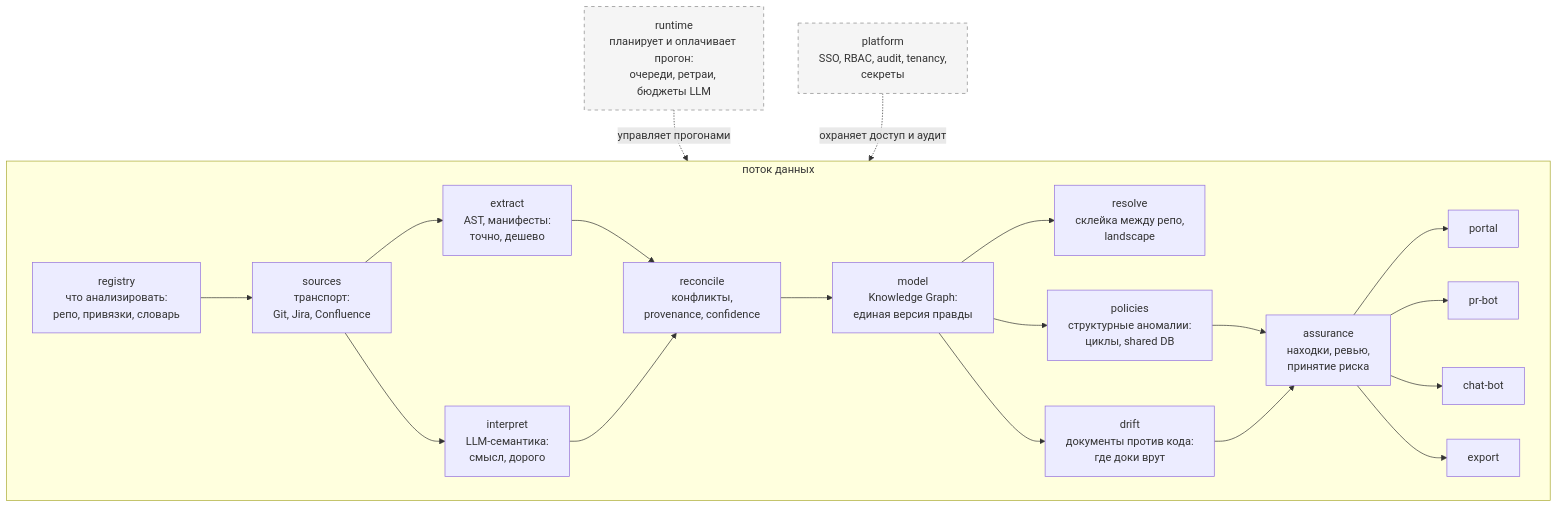
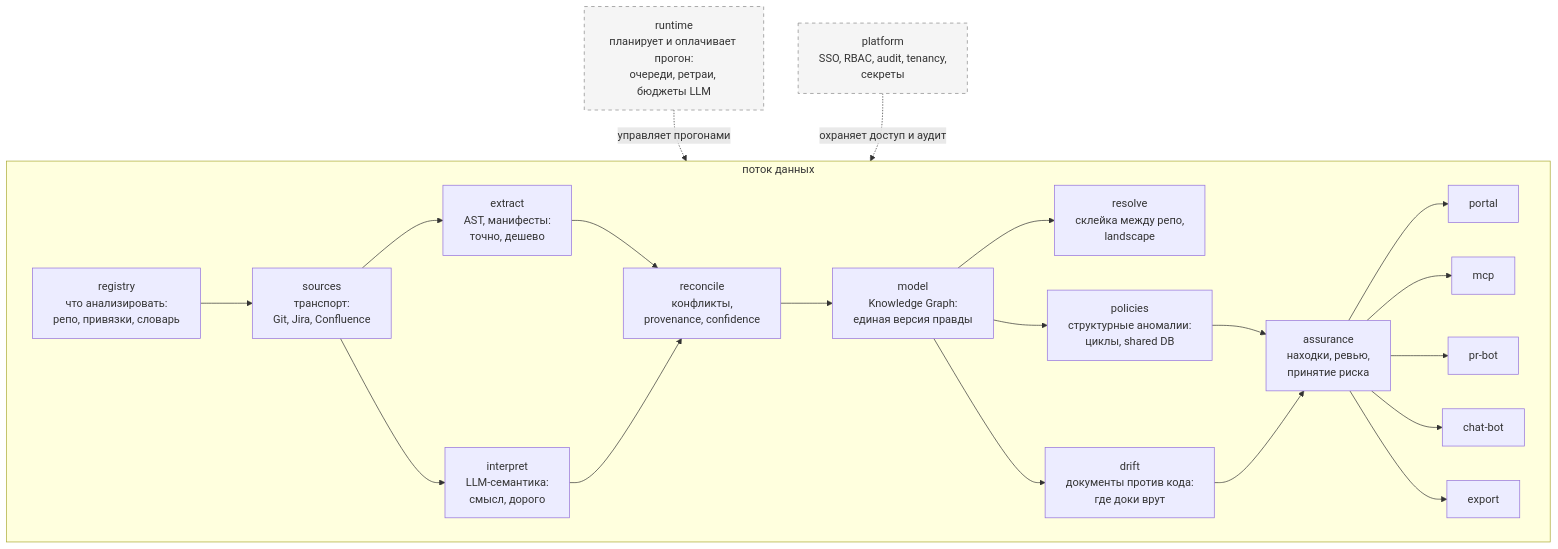
Before and after one commit to teamv39/archon: the diagram in docs/architecture/README.md, drawn with Mermaid. The commit also changed other lines of this file and 14 other files, not shown here.

Commit message:
docs: update and standardize documentation across architecture, guides, and project roadmap

````diff
--- a/docs/architecture/README.md
+++ b/docs/architecture/README.md
@@ -17,46 +17,48 @@
 ```mermaid
 flowchart TB
     subgraph FLOW ["поток данных"]
         direction LR
 
         registry["registry<br/>что анализировать:<br/>репо, привязки, словарь"]
         sources["sources<br/>транспорт:<br/>Git, Jira, Confluence"]
         extract["extract<br/>AST, манифесты:<br/>точно, дешево"]
         interpret["interpret<br/>LLM-семантика:<br/>смысл, дорого"]
         reconcile["reconcile<br/>конфликты,<br/>provenance, confidence"]
         model["model<br/>Knowledge Graph:<br/>единая версия правды"]
         resolve["resolve<br/>склейка между репо,<br/>landscape"]
         policies["policies<br/>структурные аномалии:<br/>циклы, shared DB"]
         drift["drift<br/>документы против кода:<br/>где доки врут"]
         assurance["assurance<br/>находки, ревью,<br/>принятие риска"]
         portal["portal"]
+        mcp["mcp"]
         prbot["pr-bot"]
         chatbot["chat-bot"]
         export["export"]
 
         registry --> sources
         sources --> extract
         sources --> interpret
         extract --> reconcile
         interpret --> reconcile
         reconcile --> model
         model --> resolve
         model --> policies
         model --> drift
         policies --> assurance
         drift --> assurance
         assurance --> portal
+        assurance --> mcp
         assurance --> prbot
         assurance --> chatbot
         assurance --> export
     end
 
     runtime["runtime<br/>планирует и оплачивает прогон:<br/>очереди, ретраи, бюджеты LLM"]
     platform["platform<br/>SSO, RBAC, audit, tenancy,<br/>секреты"]
 
     runtime -. управляет прогонами .-> FLOW
     platform -. охраняет доступ и аудит .-> FLOW
 
     classDef horiz fill:#f5f5f5,stroke:#888,stroke-dasharray:5 5;
     class runtime,platform horiz;
 ```
````
